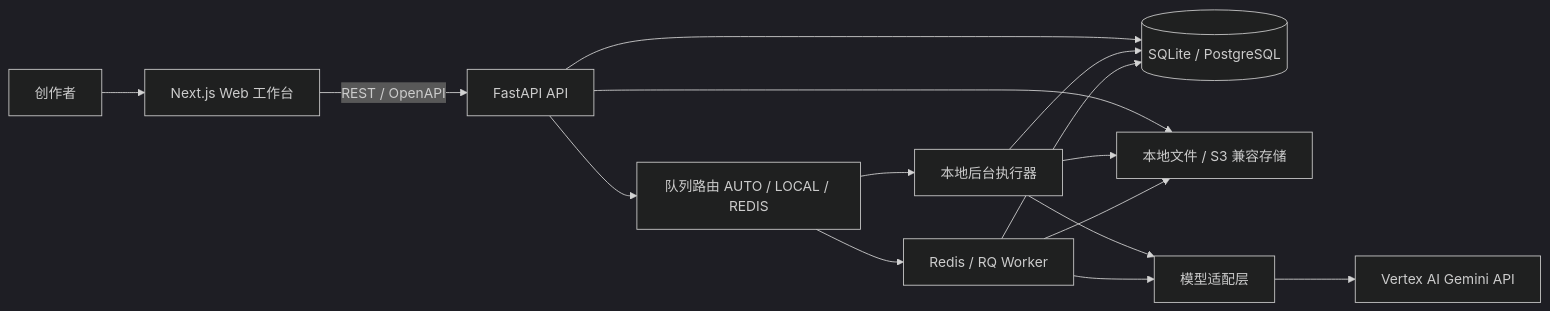
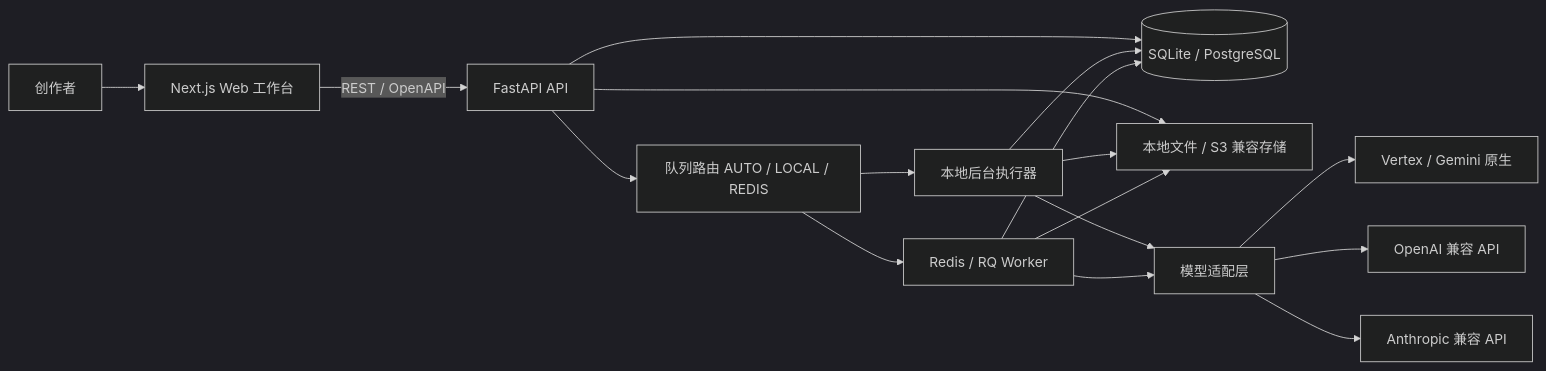
Before and after one commit to coffe01-10/MangaFlow: the first of 2 diagrams in docs/architecture.md, drawn with Mermaid (dark theme). The commit also changed other lines of this file and 48 other files, not shown here.

````diff
--- a/docs/architecture.md
+++ b/docs/architecture.md
@@ -9,17 +9,19 @@
 ```mermaid
 flowchart LR
     U["创作者"] --> W["Next.js Web 工作台"]
     W -->|"REST / OpenAPI"| A["FastAPI API"]
     A --> D[("SQLite / PostgreSQL")]
     A --> F["本地文件 / S3 兼容存储"]
     A --> Q["队列路由 AUTO / LOCAL / REDIS"]
     Q --> L["本地后台执行器"]
     Q --> R["Redis / RQ Worker"]
     L --> M["模型适配层"]
     R --> M
-    M --> V["Vertex AI Gemini API"]
+    M --> V["Vertex / Gemini 原生"]
+    M --> O["OpenAI 兼容 API"]
+    M --> N["Anthropic 兼容 API"]
     L --> D
     L --> F
     R --> D
     R --> F
 ```
````
